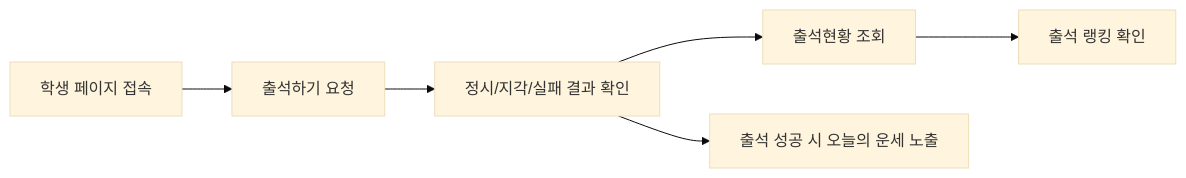
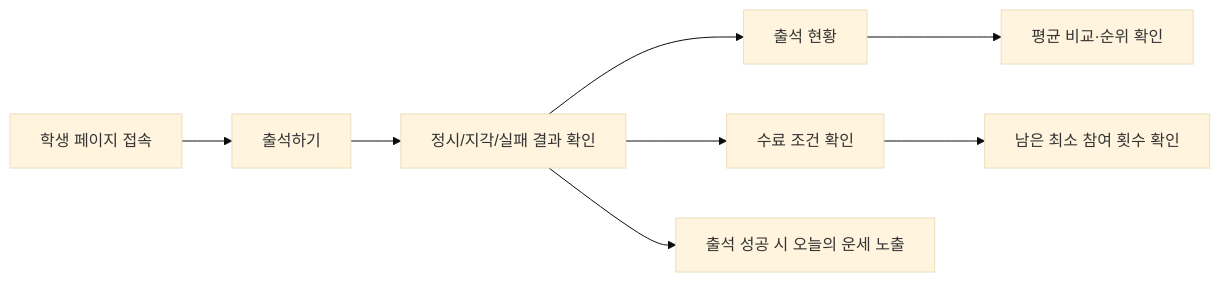
Before and after one commit to cloud-club/CloudClubAttendanceSystem: the diagram in docs/Wiki/01_User_Side_Guide.md, drawn with Mermaid (base theme). The commit also changed other lines of this file and 18 other files, not shown here.

````diff
--- a/docs/Wiki/01_User_Side_Guide.md
+++ b/docs/Wiki/01_User_Side_Guide.md
@@ -6,8 +6,10 @@
 ```mermaid
 flowchart LR
-  A["학생 페이지 접속"] --> B["출석하기 요청"]
+  A["학생 페이지 접속"] --> B["출석하기"]
   B --> C["정시/지각/실패 결과 확인"]
-  C --> D["출석현황 조회"]
-  D --> E["출석 랭킹 확인"]
-  C --> F["출석 성공 시 오늘의 운세 노출"]
+  C --> D["출석 현황"]
+  D --> E["평균 비교·순위 확인"]
+  C --> F["수료 조건 확인"]
+  F --> G["남은 최소 참여 횟수 확인"]
+  C --> H["출석 성공 시 오늘의 운세 노출"]
 ```
````
